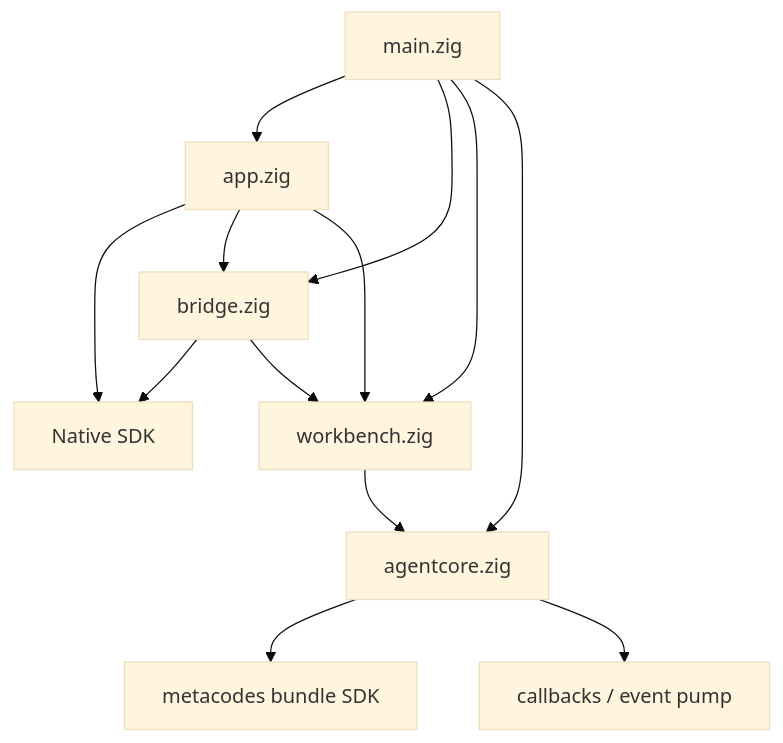
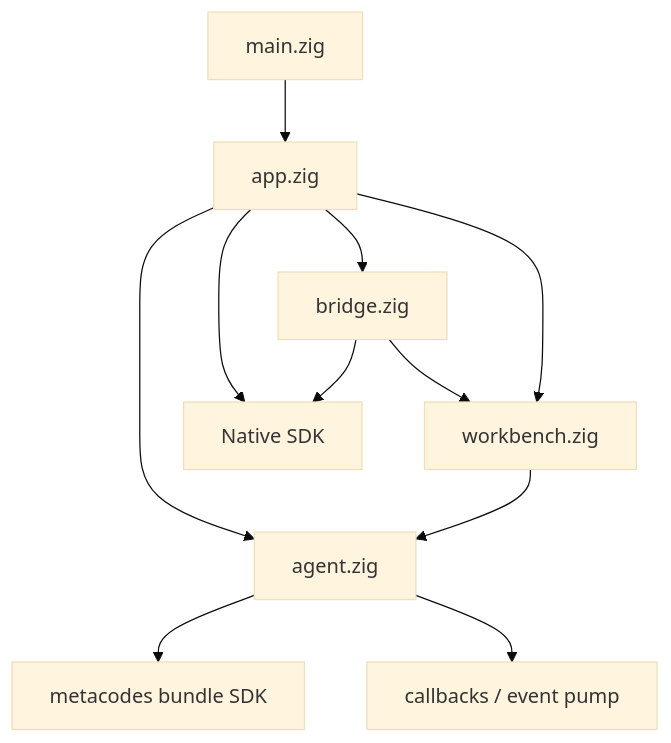
The second of 2 diagrams in docs/project-structure.md (metask-ai/metawork), drawn with Mermaid (base theme) before and after one commit. The commit also changed other lines of this file and 20 other files, not shown here.

````diff
--- a/docs/project-structure.md
+++ b/docs/project-structure.md
@@ -328,15 +328,13 @@
 ```mermaid
 flowchart TB
     MAIN["main.zig"] --> APP["app.zig"]
-    MAIN --> BRIDGE["bridge.zig"]
-    MAIN --> WB["workbench.zig"]
-    MAIN --> CORE["agentcore.zig"]
+    APP --> AGENT["agent.zig"]
     APP --> NATIVE["Native SDK"]
-    APP --> BRIDGE
-    APP --> WB
+    APP --> BRIDGE["bridge.zig"]
+    APP --> WB["workbench.zig"]
     BRIDGE --> NATIVE
     BRIDGE --> WB
-    WB --> CORE
-    CORE --> SDK["metacodes bundle SDK"]
-    CORE --> PUMP["callbacks / event pump"]
+    WB --> AGENT
+    AGENT --> SDK["metacodes bundle SDK"]
+    AGENT --> PUMP["callbacks / event pump"]
 ```
````
